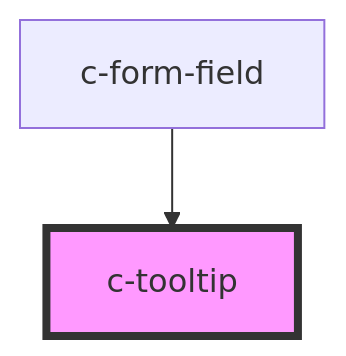
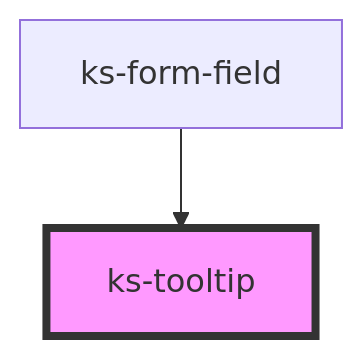
One commit to kickstand-ui/kickstand-ui changed the diagram in src/scripts/components/tooltip/readme.md. Above: the diagram before and after it, drawn with Mermaid. The commit also changed other lines of this file and 49 other files, not shown here.

````diff
--- a/src/scripts/components/tooltip/readme.md
+++ b/src/scripts/components/tooltip/readme.md
@@ -27,5 +27,5 @@
 ```mermaid
 graph TD;
-  c-form-field --> c-tooltip
-  style c-tooltip fill:#f9f,stroke:#333,stroke-width:4px
+  ks-form-field --> ks-tooltip
+  style ks-tooltip fill:#f9f,stroke:#333,stroke-width:4px
 ```
````
